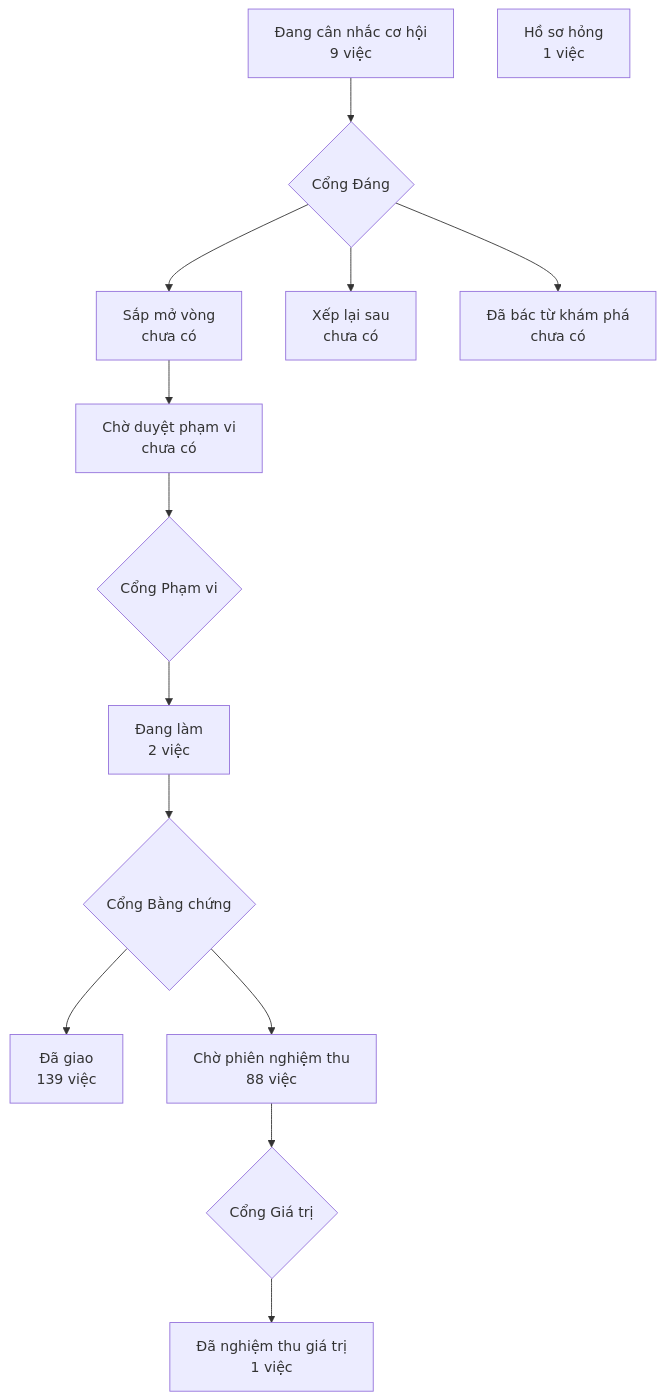
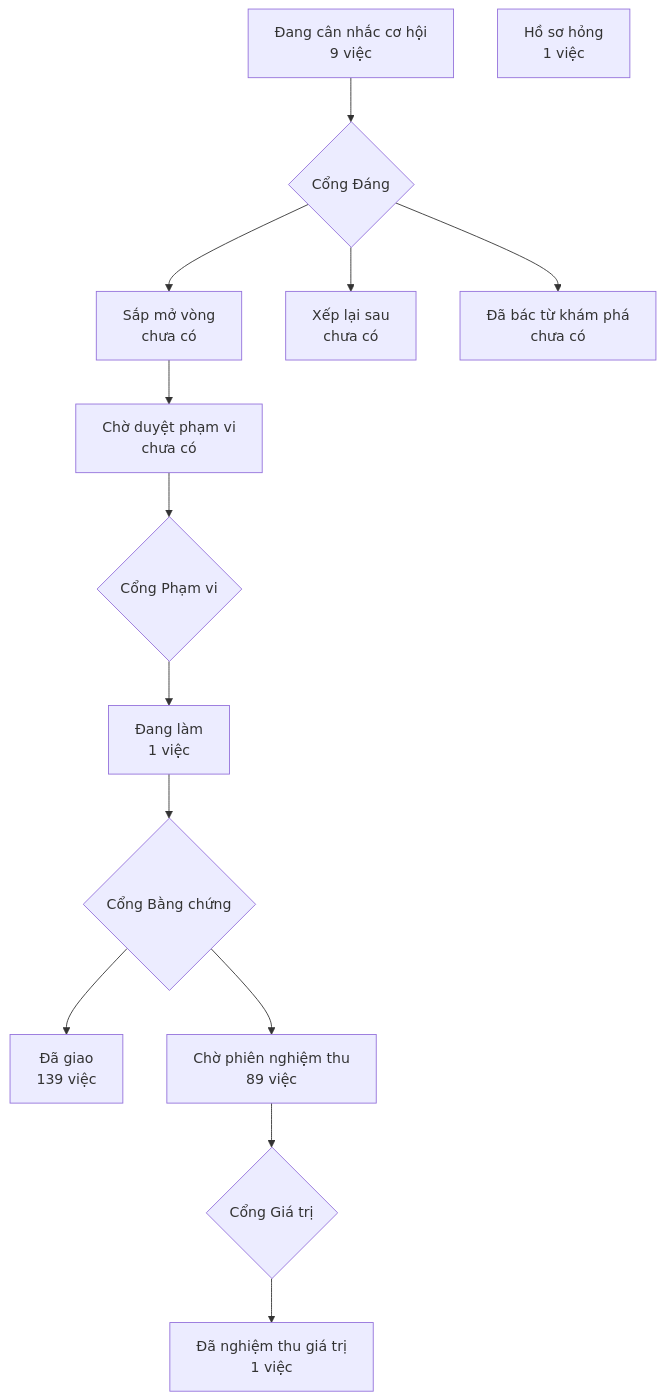
Before and after one commit to phanlemanh/crm-onehub: the diagram in PRODUCT-MAP.md, drawn with Mermaid. The commit also changed 4 other files, not shown here.

````diff
--- a/PRODUCT-MAP.md
+++ b/PRODUCT-MAP.md
@@ -7,13 +7,13 @@
 ```mermaid
 flowchart TD
   A["Đang cân nhắc cơ hội<br/>9 việc"] --> GD{"Cổng Đáng"}
   GD --> B["Sắp mở vòng<br/>chưa có"]
   GD --> XL["Xếp lại sau<br/>chưa có"]
   GD --> DB["Đã bác từ khám phá<br/>chưa có"]
   B --> CD["Chờ duyệt phạm vi<br/>chưa có"] --> GP{"Cổng Phạm vi"}
-  GP --> DL["Đang làm<br/>2 việc"] --> GB{"Cổng Bằng chứng"}
+  GP --> DL["Đang làm<br/>1 việc"] --> GB{"Cổng Bằng chứng"}
   GB --> DG["Đã giao<br/>139 việc"]
-  GB --> CN["Chờ phiên nghiệm thu<br/>88 việc"] --> GG{"Cổng Giá trị"}
+  GB --> CN["Chờ phiên nghiệm thu<br/>89 việc"] --> GG{"Cổng Giá trị"}
   GG --> NT["Đã nghiệm thu giá trị<br/>1 việc"]
   HS["Hồ sơ hỏng<br/>1 việc"]
 ```
````
